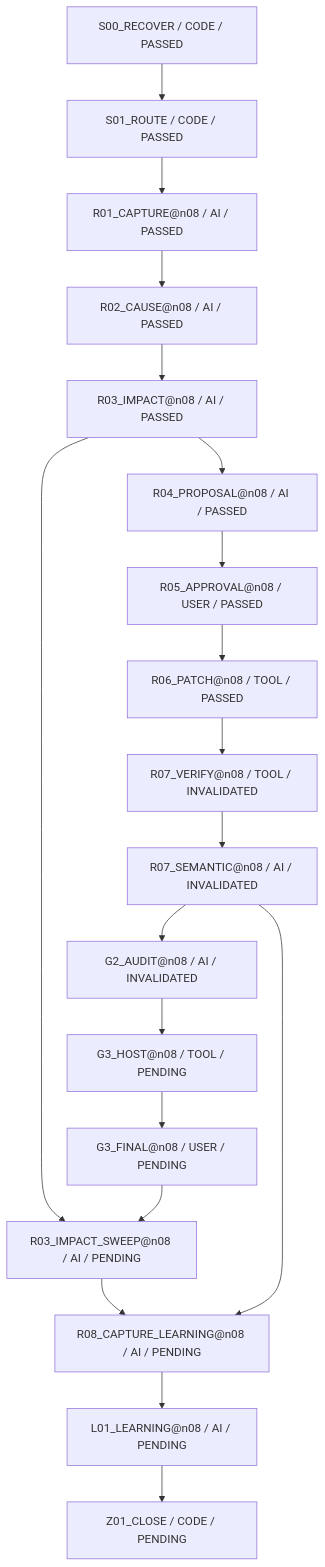
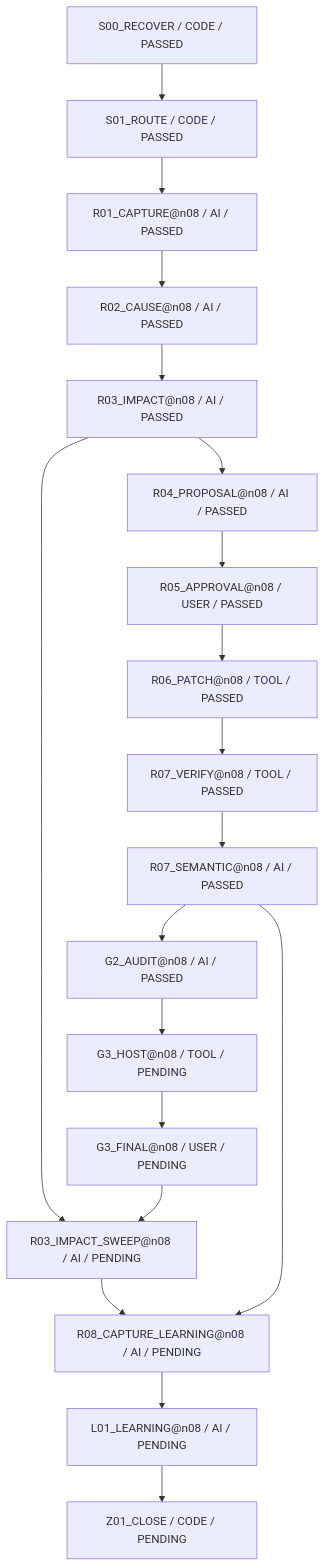
One commit to rrikunagasige-dot/kyotsu-step-web changed the diagram in work/items/W-MATH-033-n08-absolute-value/generated/BLOCK_FIRE_DIAGRAM.md. Above: the diagram before and after it, drawn with Mermaid. The commit also changed other lines of this file and 62 other files, not shown here.

````diff
--- a/work/items/W-MATH-033-n08-absolute-value/generated/BLOCK_FIRE_DIAGRAM.md
+++ b/work/items/W-MATH-033-n08-absolute-value/generated/BLOCK_FIRE_DIAGRAM.md
@@ -5,38 +5,38 @@
 ```mermaid
 flowchart TD
   N0["S00_RECOVER / CODE / PASSED"]
   N1["S01_ROUTE / CODE / PASSED"]
   N2["R01_CAPTURE@n08 / AI / PASSED"]
   N3["R02_CAUSE@n08 / AI / PASSED"]
   N4["R03_IMPACT@n08 / AI / PASSED"]
   N5["R04_PROPOSAL@n08 / AI / PASSED"]
   N6["R05_APPROVAL@n08 / USER / PASSED"]
   N7["R06_PATCH@n08 / TOOL / PASSED"]
-  N8["R07_VERIFY@n08 / TOOL / INVALIDATED"]
-  N9["R07_SEMANTIC@n08 / AI / INVALIDATED"]
-  N10["G2_AUDIT@n08 / AI / INVALIDATED"]
+  N8["R07_VERIFY@n08 / TOOL / PASSED"]
+  N9["R07_SEMANTIC@n08 / AI / PASSED"]
+  N10["G2_AUDIT@n08 / AI / PASSED"]
   N11["G3_HOST@n08 / TOOL / PENDING"]
   N12["G3_FINAL@n08 / USER / PENDING"]
   N13["R03_IMPACT_SWEEP@n08 / AI / PENDING"]
   N14["R08_CAPTURE_LEARNING@n08 / AI / PENDING"]
   N15["L01_LEARNING@n08 / AI / PENDING"]
   N16["Z01_CLOSE / CODE / PENDING"]
   N10 --> N11
   N12 --> N13
   N11 --> N12
   N15 --> N16
   N2 --> N3
   N3 --> N4
   N4 --> N13
   N4 --> N5
   N13 --> N14
   N5 --> N6
   N6 --> N7
   N7 --> N8
   N9 --> N10
   N9 --> N14
   N8 --> N9
   N14 --> N15
   N0 --> N1
   N1 --> N2
 ```
````
